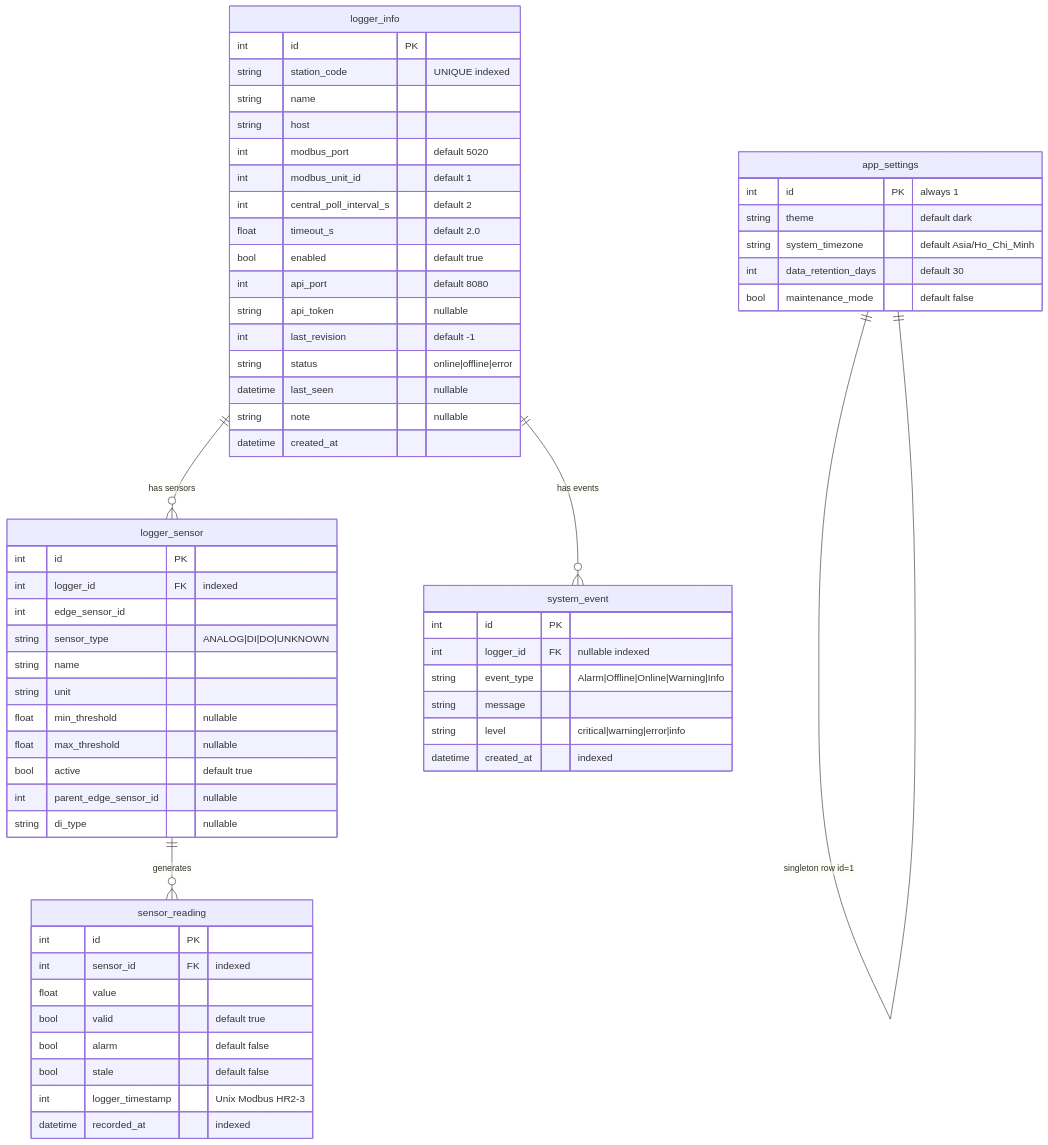
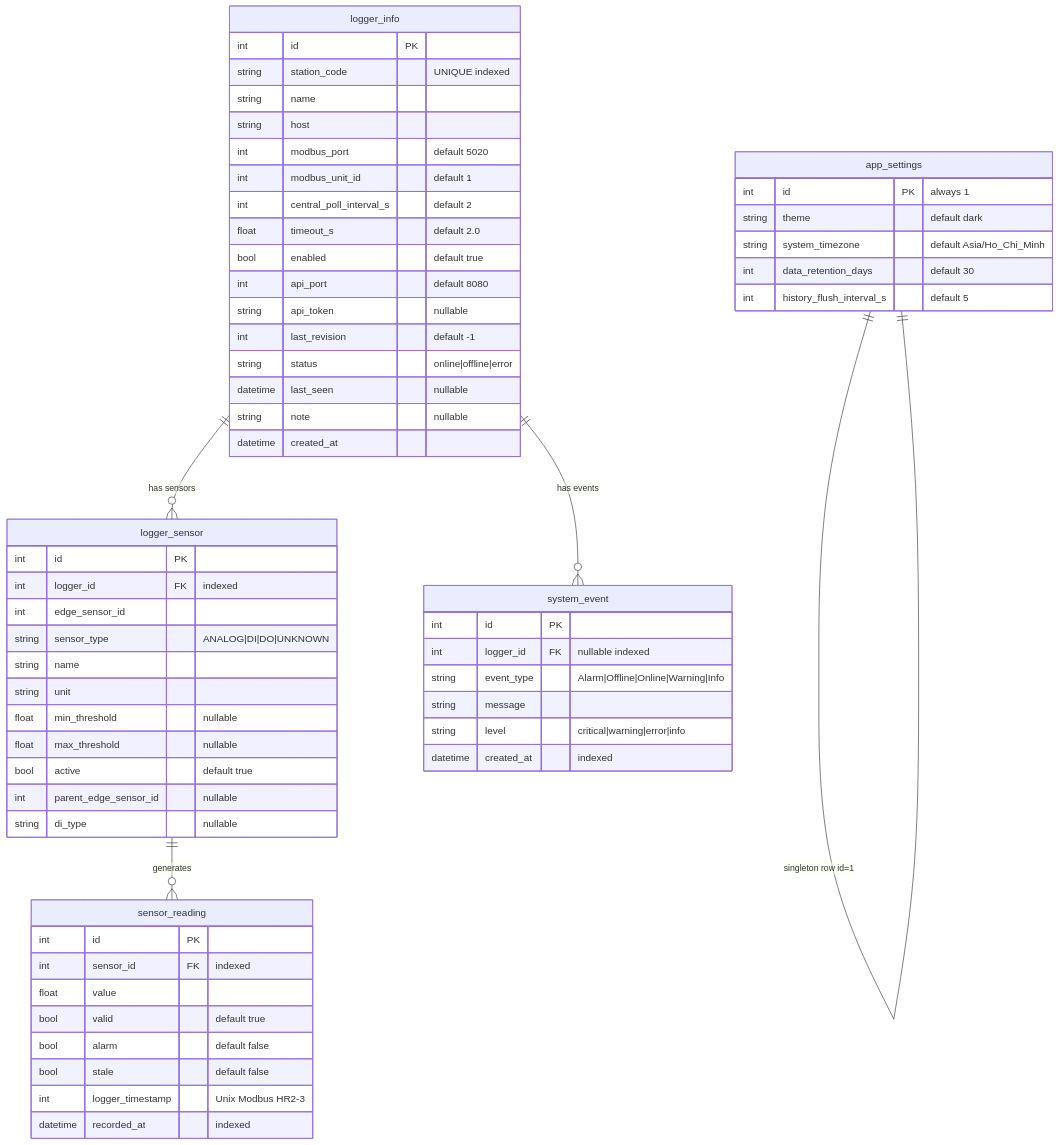
The first of 2 diagrams in docs/thiet_ke_db.md (quytttb/central-logger), drawn with Mermaid before and after one commit. The commit also changed other lines of this file and 116 other files, not shown here.

````diff
--- a/docs/thiet_ke_db.md
+++ b/docs/thiet_ke_db.md
@@ -42,68 +42,68 @@
 ```mermaid
 erDiagram
     logger_info ||--o{ logger_sensor : "has sensors"
     logger_info ||--o{ system_event : "has events"
     app_settings ||--|| app_settings : "singleton row id=1"
     logger_sensor ||--o{ sensor_reading : "generates"
 
     logger_info {
         int id PK
         string station_code "UNIQUE indexed"
         string name
         string host
         int modbus_port "default 5020"
         int modbus_unit_id "default 1"
         int central_poll_interval_s "default 2"
         float timeout_s "default 2.0"
         bool enabled "default true"
         int api_port "default 8080"
         string api_token "nullable"
         int last_revision "default -1"
         string status "online|offline|error"
         datetime last_seen "nullable"
         string note "nullable"
         datetime created_at
     }
 
     logger_sensor {
         int id PK
         int logger_id FK "indexed"
         int edge_sensor_id
         string sensor_type "ANALOG|DI|DO|UNKNOWN"
         string name
         string unit
         float min_threshold "nullable"
         float max_threshold "nullable"
         bool active "default true"
         int parent_edge_sensor_id "nullable"
         string di_type "nullable"
     }
 
     sensor_reading {
         int id PK
         int sensor_id FK "indexed"
         float value
         bool valid "default true"
         bool alarm "default false"
         bool stale "default false"
         int logger_timestamp "Unix Modbus HR2-3"
         datetime recorded_at "indexed"
     }
 
     system_event {
         int id PK
         int logger_id FK "nullable indexed"
         string event_type "Alarm|Offline|Online|Warning|Info"
         string message
         string level "critical|warning|error|info"
         datetime created_at "indexed"
     }
 
     app_settings {
         int id PK "always 1"
         string theme "default dark"
         string system_timezone "default Asia/Ho_Chi_Minh"
         int data_retention_days "default 30"
-        bool maintenance_mode "default false"
+        int history_flush_interval_s "default 5"
     }
 ```
````
